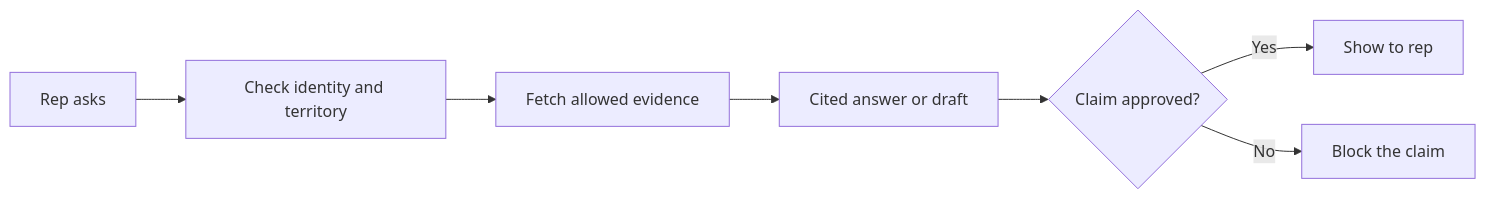
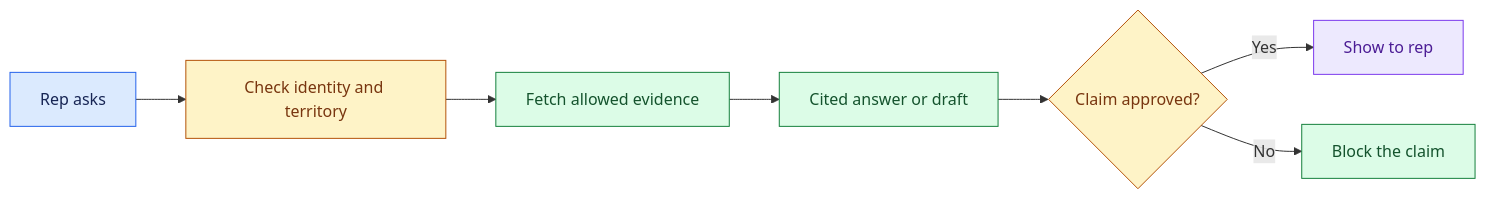
The diagram in site/content/modules/15-fde-case-studies/agents-that-act/sales-copilot/intro.md (Sourav692/Forward-Deployed-Engineer-Interview-Prep), drawn with Mermaid before and after one commit. The commit also changed other lines of this file and 1268 other files, not shown here.

First line of the commit message:
content: polish Casebook writing and Mermaid diagrams (#251)

````diff
--- a/site/content/modules/15-fde-case-studies/agents-that-act/sales-copilot/intro.md
+++ b/site/content/modules/15-fde-case-studies/agents-that-act/sales-copilot/intro.md
@@ -15,9 +17,19 @@
 ```mermaid
 flowchart LR
   A[Rep asks] --> B[Check identity and territory]
   B --> C[Fetch allowed evidence]
   C --> D[Cited answer or draft]
   D --> E{Claim approved?}
   E -->|Yes| F[Show to rep]
   E -->|No| G[Block the claim]
+
+    %% Casebook colours: entry, reasoning, results, controls, and stopped paths.
+    classDef cbInput fill:#dbeafe,stroke:#2563eb,color:#172554
+    class A cbInput
+    classDef cbPolicy fill:#fef3c7,stroke:#b45309,color:#78350f
+    class B,E cbPolicy
+    classDef cbAction fill:#dcfce7,stroke:#15803d,color:#14532d
+    class C,D,G cbAction
+    classDef cbReason fill:#ede9fe,stroke:#7c3aed,color:#4c1d95
+    class F cbReason
 ```
````
